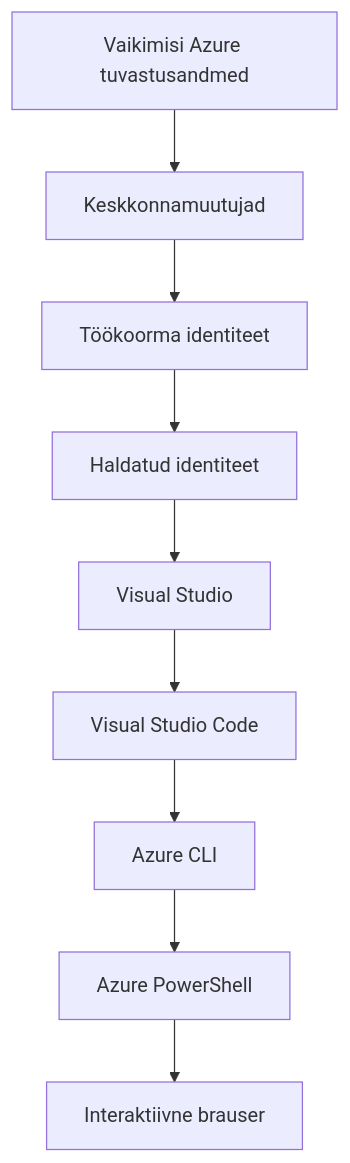
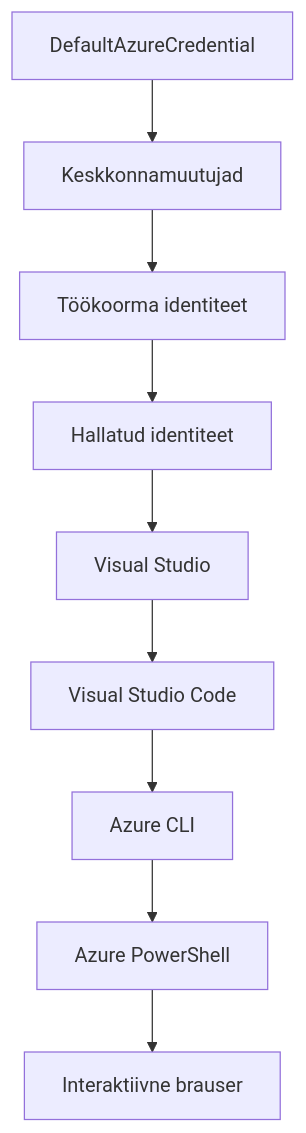
One commit to microsoft/AZD-for-beginners changed the second of 2 diagrams in translations/et/docs/chapter-01-foundation/azd-basics.md. Above: the diagram before and after it, drawn with Mermaid. The commit also changed other lines of this file and 101 other files, not shown here.

````diff
--- a/translations/et/docs/chapter-01-foundation/azd-basics.md
+++ b/translations/et/docs/chapter-01-foundation/azd-basics.md
@@ -558,11 +590,11 @@
 ```mermaid
 graph TD
-    A[Vaikimisi Azure tuvastusandmed] --> B[Keskkonnamuutujad]
+    A[DefaultAzureCredential] --> B[Keskkonnamuutujad]
     B --> C[Töökoorma identiteet]
-    C --> D[Haldatud identiteet]
+    C --> D[Hallatud identiteet]
     D --> E[Visual Studio]
     E --> F[Visual Studio Code]
     F --> G[Azure CLI]
     G --> H[Azure PowerShell]
     H --> I[Interaktiivne brauser]
-```
+```  
````
